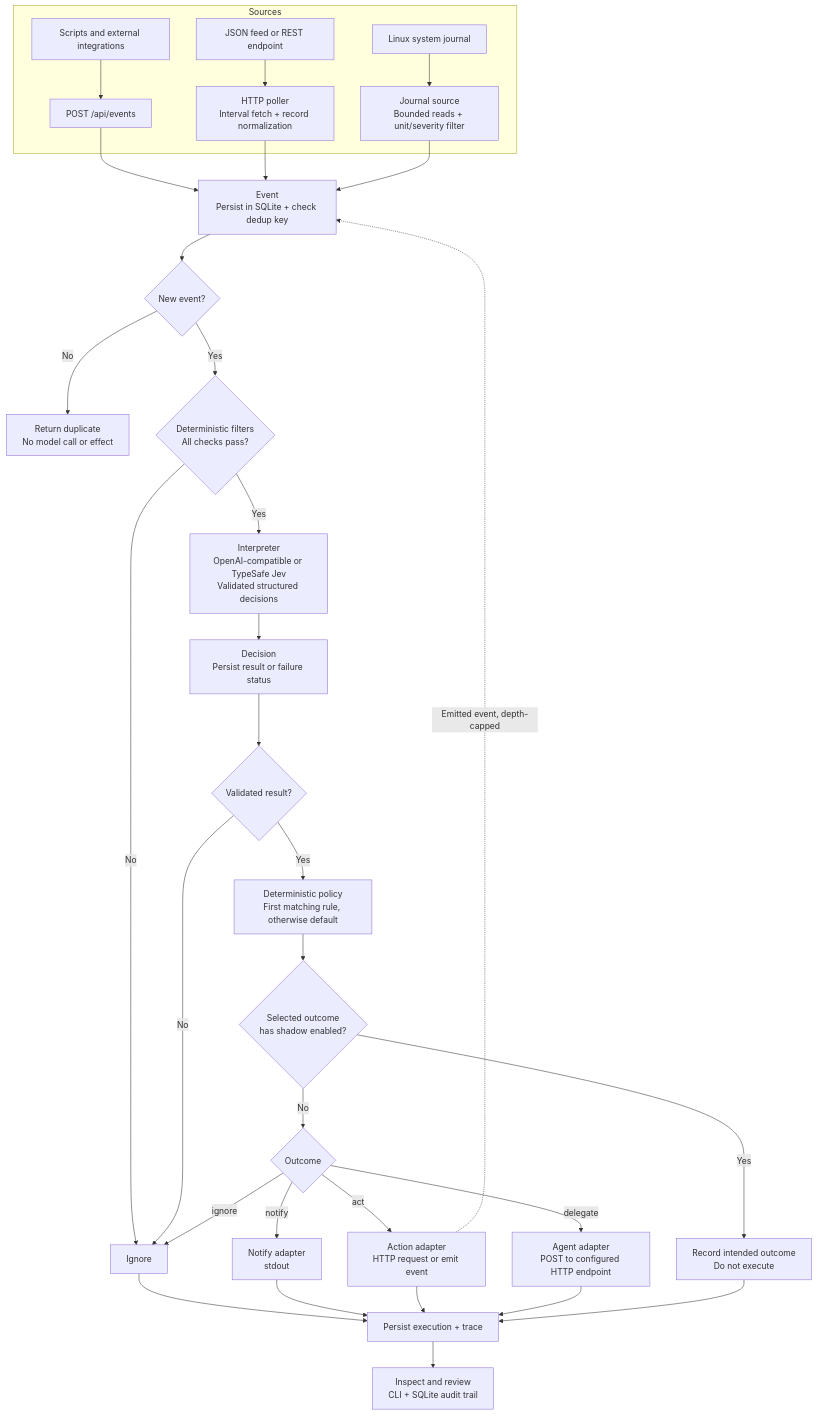
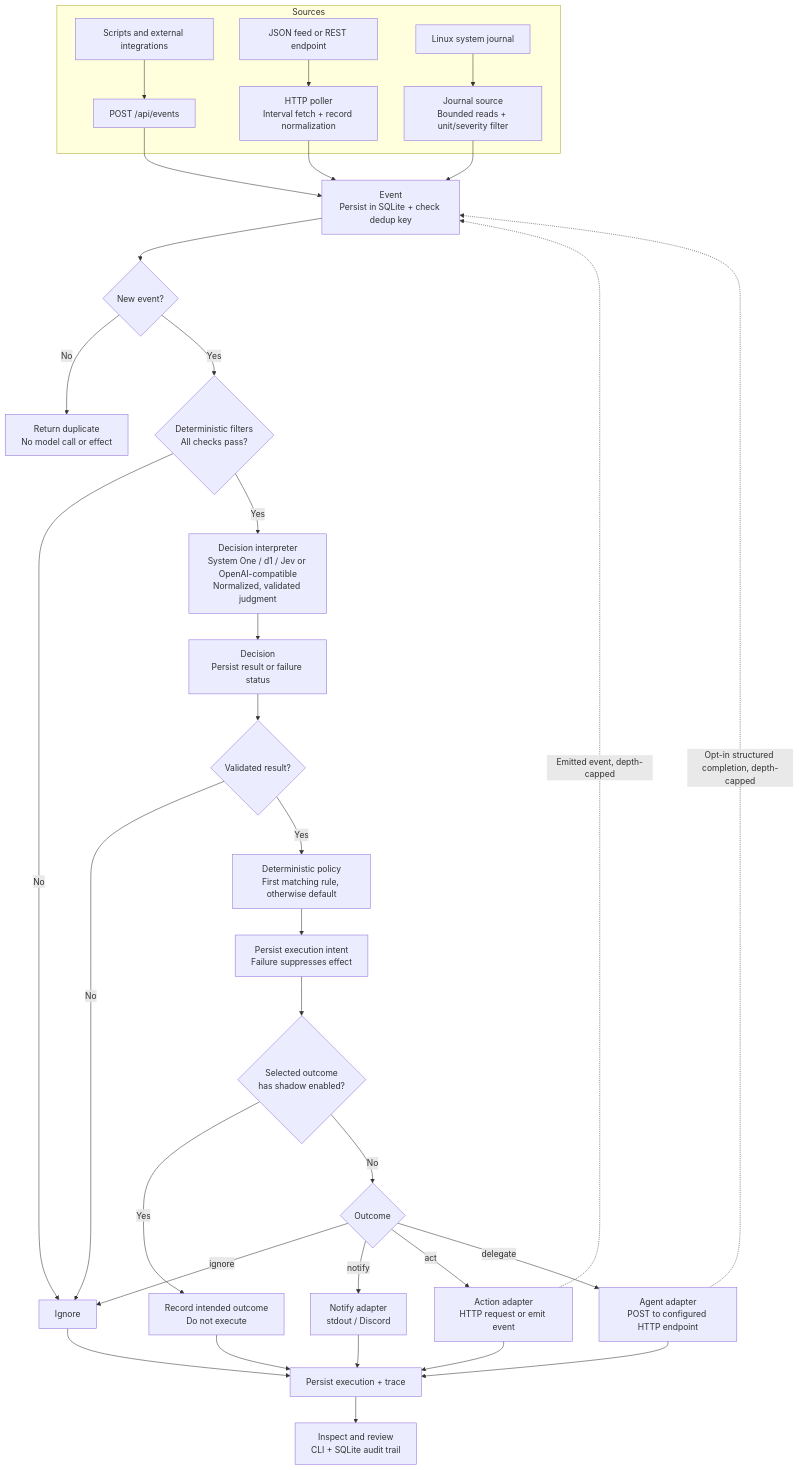
One commit to heath0xFF/mrmr changed the diagram in README.md. Above: the diagram before and after it, drawn with Mermaid. The commit also changed other lines of this file and 62 other files, not shown here.

````diff
--- a/README.md
+++ b/README.md
@@ -17,37 +29,39 @@
 ```mermaid
 flowchart TD
     subgraph sources[Sources]
         External["Scripts and external integrations"] --> API["POST /api/events"]
         Feed["JSON feed or REST endpoint"] --> Poll["HTTP poller<br/>Interval fetch + record normalization"]
         Journal["Linux system journal"] --> JournalSource["Journal source<br/>Bounded reads + unit/severity filter"]
     end
 
     API --> Event["Event<br/>Persist in SQLite + check dedup key"]
     Poll --> Event
     JournalSource --> Event
     Event --> Fresh{"New event?"}
     Fresh -->|No| Duplicate["Return duplicate<br/>No model call or effect"]
     Fresh -->|Yes| Filter{"Deterministic filters<br/>All checks pass?"}
     Filter -->|No| Ignore["Ignore"]
-    Filter -->|Yes| Interpret["Interpreter<br/>OpenAI-compatible or TypeSafe Jev<br/>Validated structured decisions"]
+    Filter -->|Yes| Interpret["Decision interpreter<br/>System One / d1 / Jev or OpenAI-compatible<br/>Normalized, validated judgment"]
     Interpret --> Decision["Decision<br/>Persist result or failure status"]
     Decision --> Valid{"Validated result?"}
     Valid -->|No| Ignore
     Valid -->|Yes| Policy["Deterministic policy<br/>First matching rule, otherwise default"]
-    Policy --> Shadow{"Selected outcome<br/>has shadow enabled?"}
+    Policy --> Intent["Persist execution intent<br/>Failure suppresses effect"]
+    Intent --> Shadow{"Selected outcome<br/>has shadow enabled?"}
     Shadow -->|Yes| Suppress["Record intended outcome<br/>Do not execute"]
     Shadow -->|No| Outcome{"Outcome"}
 
     Outcome -->|ignore| Ignore
-    Outcome -->|notify| Notify["Notify adapter<br/>stdout"]
+    Outcome -->|notify| Notify["Notify adapter<br/>stdout / Discord"]
     Outcome -->|act| Act["Action adapter<br/>HTTP request or emit event"]
     Outcome -->|delegate| Delegate["Agent adapter<br/>POST to configured HTTP endpoint"]
     Act -.->|Emitted event, depth-capped| Event
+    Delegate -.->|Opt-in structured completion, depth-capped| Event
 
     Ignore --> Record["Persist execution + trace"]
     Notify --> Record
     Act --> Record
     Delegate --> Record
     Suppress --> Record
     Record --> Inspect["Inspect and review<br/>CLI + SQLite audit trail"]
 ```
````
